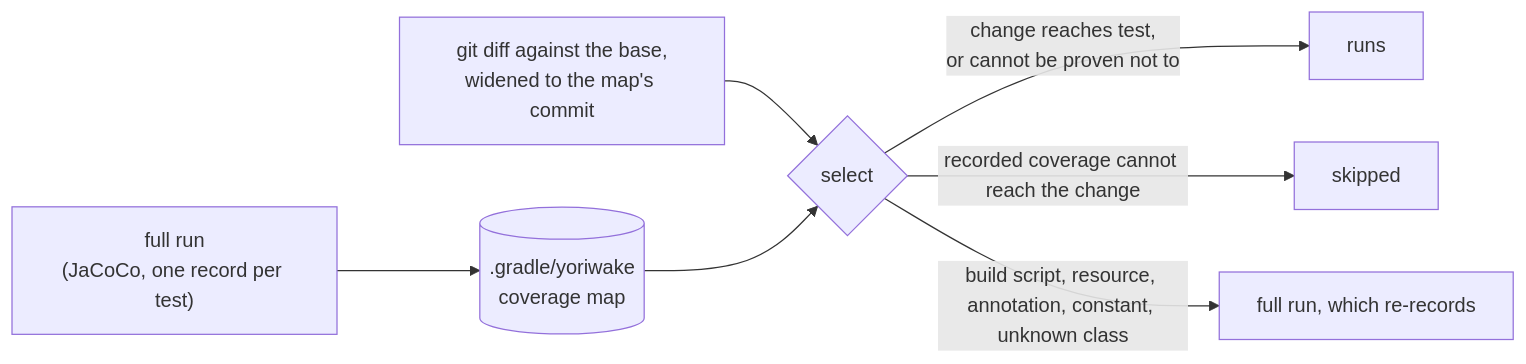
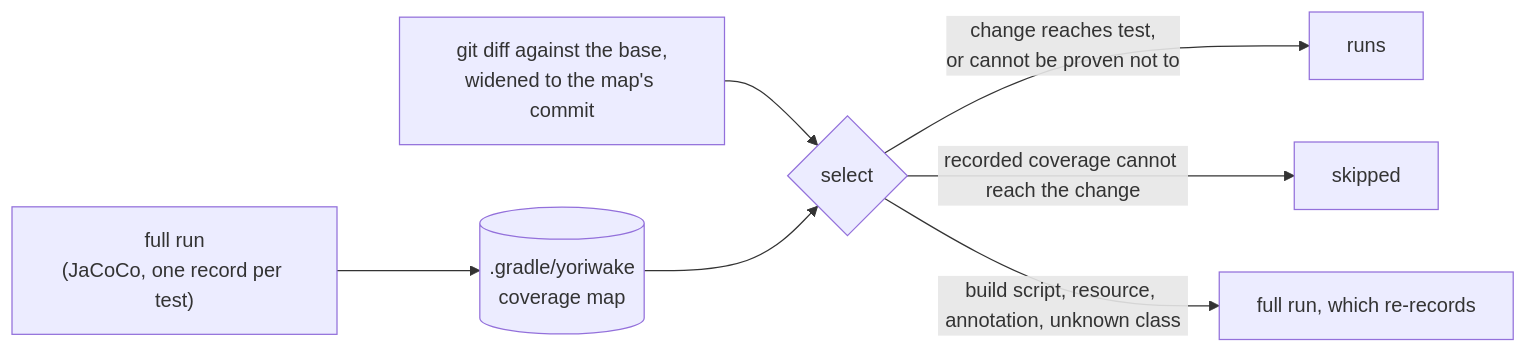
The diagram in README.md (zeuspizza/yoriwake), drawn with Mermaid before and after one commit. The commit also changed other lines of this file and 12 other files, not shown here.

````diff
--- a/README.md
+++ b/README.md
@@ -120,9 +120,9 @@
 ```mermaid
 flowchart LR
     A["full run<br>(JaCoCo, one record per test)"] --> M[(".gradle/yoriwake<br>coverage map")]
     D["git diff against the base,<br>widened to the map's commit"] --> S{"select"}
     M --> S
     S -->|"change reaches test,<br>or cannot be proven not to"| R["runs"]
     S -->|"recorded coverage cannot reach the change"| K["skipped"]
-    S -->|"build script, resource, annotation, constant, unknown class"| F["full run, which re-records"]
+    S -->|"build script, resource, annotation, unknown class"| F["full run, which re-records"]
 ```
````
